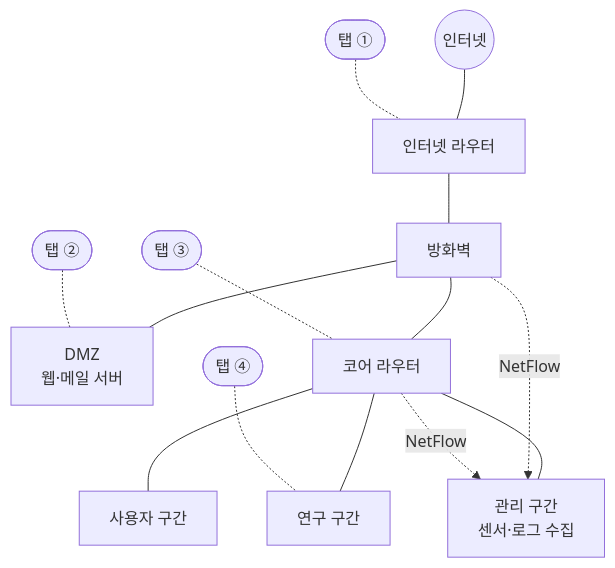
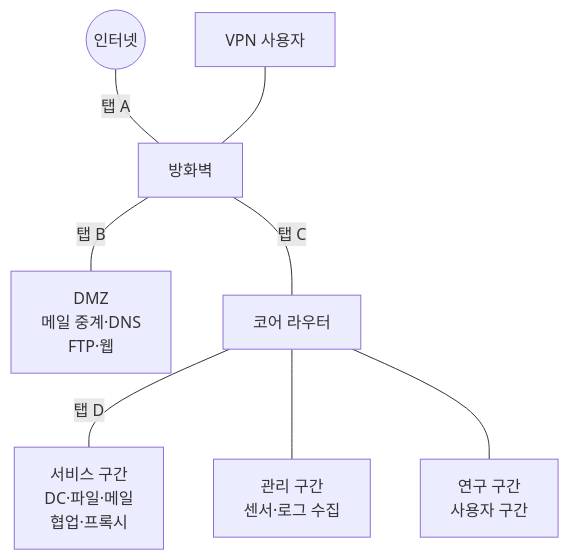
Before and after one commit to DFIDwiz-sketch/dfir-handbook: the sixth of 6 diagrams in docs-ko/training/network-forensics/part-1/why-network-forensics.md, drawn with Mermaid. The commit also changed other lines of this file and 3 other files, not shown here.

````diff
--- a/docs-ko/training/network-forensics/part-1/why-network-forensics.md
+++ b/docs-ko/training/network-forensics/part-1/why-network-forensics.md
@@ -267,16 +316,10 @@
 ```mermaid
-flowchart TB
-    NET(("인터넷")) --- IR["인터넷 라우터"]
-    IR --- FW["방화벽"]
-    FW --- DMZ["DMZ<br/>웹·메일 서버"]
-    FW --- CR["코어 라우터"]
-    CR --- S1["사용자 구간"]
-    CR --- S2["연구 구간"]
-    CR --- S3["관리 구간<br/>센서·로그 수집"]
-    T1(["탭 ①"]) -.- IR
-    T2(["탭 ②"]) -.- DMZ
-    T3(["탭 ③"]) -.- CR
-    T4(["탭 ④"]) -.- S2
-    FW -.NetFlow.-> S3
-    CR -.NetFlow.-> S3
+flowchart TD
+    NET(("인터넷")) ---|"탭 A"| FW["방화벽"]
+    VPN["VPN 사용자"] --- FW
+    FW ---|"탭 B"| DMZ["DMZ<br/>메일 중계·DNS<br/>FTP·웹"]
+    FW ---|"탭 C"| CR["코어 라우터"]
+    CR ---|"탭 D"| SV["서비스 구간<br/>DC·파일·메일<br/>협업·프록시"]
+    CR --- MG["관리 구간<br/>센서·로그 수집"]
+    CR --- PC["연구 구간<br/>사용자 구간"]
 ```
````
